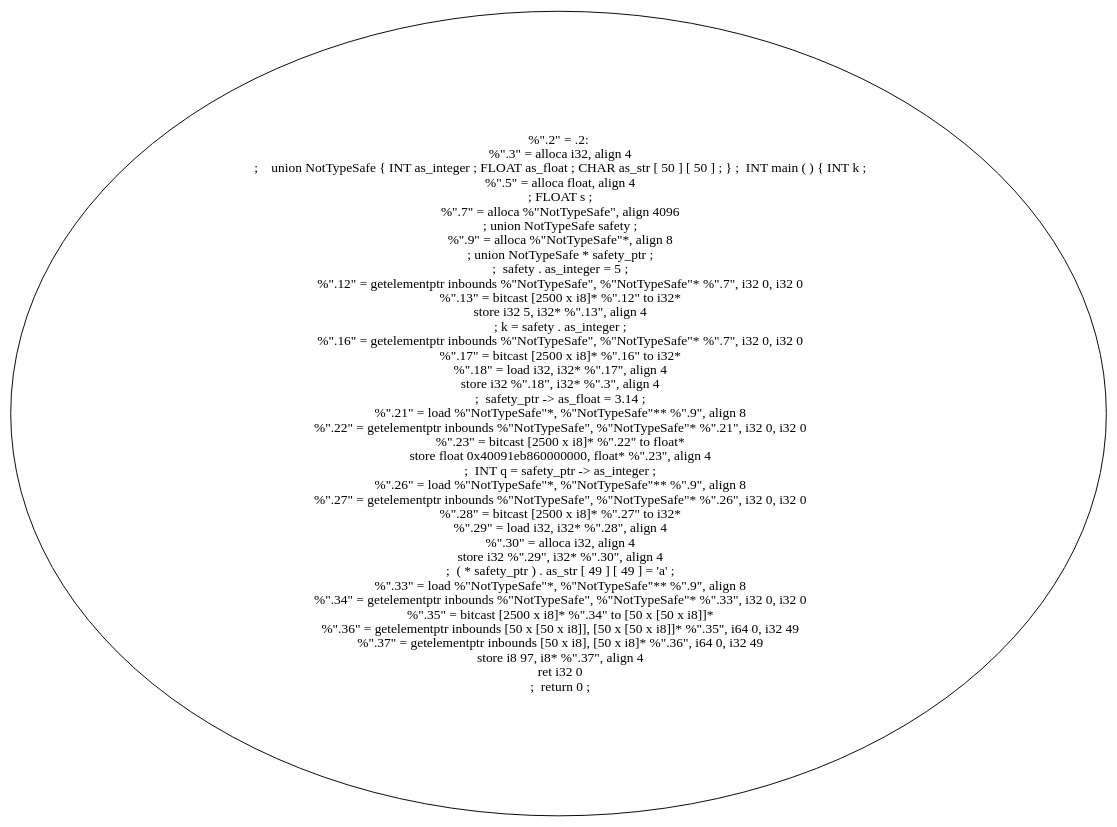
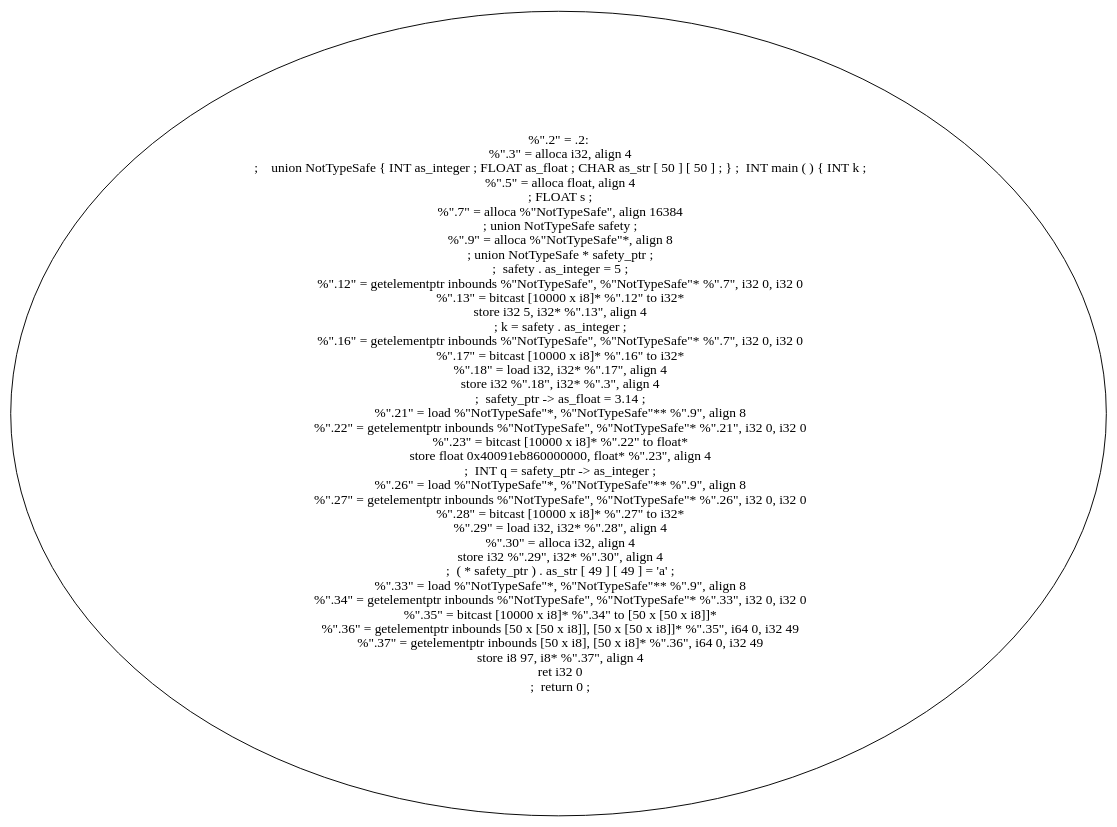
The diagram in example_source_files/46_unions/46_unions_cfg_main.dot (Are-you-listening/Compilers), drawn with Graphviz before and after one commit. The commit also changed 213 other files, not shown here.

```diff
--- a/example_source_files/46_unions/46_unions_cfg_main.dot
+++ b/example_source_files/46_unions/46_unions_cfg_main.dot
@@ -1,41 +1,41 @@
 digraph AST {
-  "134167689286352" [label="%\".2\" = .2:
+  "129070809570880" [label="%\".2\" = .2:
   %\".3\" = alloca i32, align 4
   ;    union NotTypeSafe { INT as_integer ; FLOAT as_float ; CHAR as_str [ 50 ] [ 50 ] ; } ;  INT main ( ) { INT k ;
   %\".5\" = alloca float, align 4
   ; FLOAT s ;
-  %\".7\" = alloca %\"NotTypeSafe\", align 4096
+  %\".7\" = alloca %\"NotTypeSafe\", align 16384
   ; union NotTypeSafe safety ;
   %\".9\" = alloca %\"NotTypeSafe\"*, align 8
   ; union NotTypeSafe * safety_ptr ;
   ;  safety . as_integer = 5 ;
   %\".12\" = getelementptr inbounds %\"NotTypeSafe\", %\"NotTypeSafe\"* %\".7\", i32 0, i32 0
-  %\".13\" = bitcast [2500 x i8]* %\".12\" to i32*
+  %\".13\" = bitcast [10000 x i8]* %\".12\" to i32*
   store i32 5, i32* %\".13\", align 4
   ; k = safety . as_integer ;
   %\".16\" = getelementptr inbounds %\"NotTypeSafe\", %\"NotTypeSafe\"* %\".7\", i32 0, i32 0
-  %\".17\" = bitcast [2500 x i8]* %\".16\" to i32*
+  %\".17\" = bitcast [10000 x i8]* %\".16\" to i32*
   %\".18\" = load i32, i32* %\".17\", align 4
   store i32 %\".18\", i32* %\".3\", align 4
   ;  safety_ptr -> as_float = 3.14 ;
   %\".21\" = load %\"NotTypeSafe\"*, %\"NotTypeSafe\"** %\".9\", align 8
   %\".22\" = getelementptr inbounds %\"NotTypeSafe\", %\"NotTypeSafe\"* %\".21\", i32 0, i32 0
-  %\".23\" = bitcast [2500 x i8]* %\".22\" to float*
+  %\".23\" = bitcast [10000 x i8]* %\".22\" to float*
   store float 0x40091eb860000000, float* %\".23\", align 4
   ;  INT q = safety_ptr -> as_integer ;
   %\".26\" = load %\"NotTypeSafe\"*, %\"NotTypeSafe\"** %\".9\", align 8
   %\".27\" = getelementptr inbounds %\"NotTypeSafe\", %\"NotTypeSafe\"* %\".26\", i32 0, i32 0
-  %\".28\" = bitcast [2500 x i8]* %\".27\" to i32*
+  %\".28\" = bitcast [10000 x i8]* %\".27\" to i32*
   %\".29\" = load i32, i32* %\".28\", align 4
   %\".30\" = alloca i32, align 4
   store i32 %\".29\", i32* %\".30\", align 4
   ;  ( * safety_ptr ) . as_str [ 49 ] [ 49 ] = 'a' ;
   %\".33\" = load %\"NotTypeSafe\"*, %\"NotTypeSafe\"** %\".9\", align 8
   %\".34\" = getelementptr inbounds %\"NotTypeSafe\", %\"NotTypeSafe\"* %\".33\", i32 0, i32 0
-  %\".35\" = bitcast [2500 x i8]* %\".34\" to [50 x [50 x i8]]*
+  %\".35\" = bitcast [10000 x i8]* %\".34\" to [50 x [50 x i8]]*
   %\".36\" = getelementptr inbounds [50 x [50 x i8]], [50 x [50 x i8]]* %\".35\", i64 0, i32 49
   %\".37\" = getelementptr inbounds [50 x i8], [50 x i8]* %\".36\", i64 0, i32 49
   store i8 97, i8* %\".37\", align 4
   ret i32 0
   ;  return 0 ;"];
 }
```
